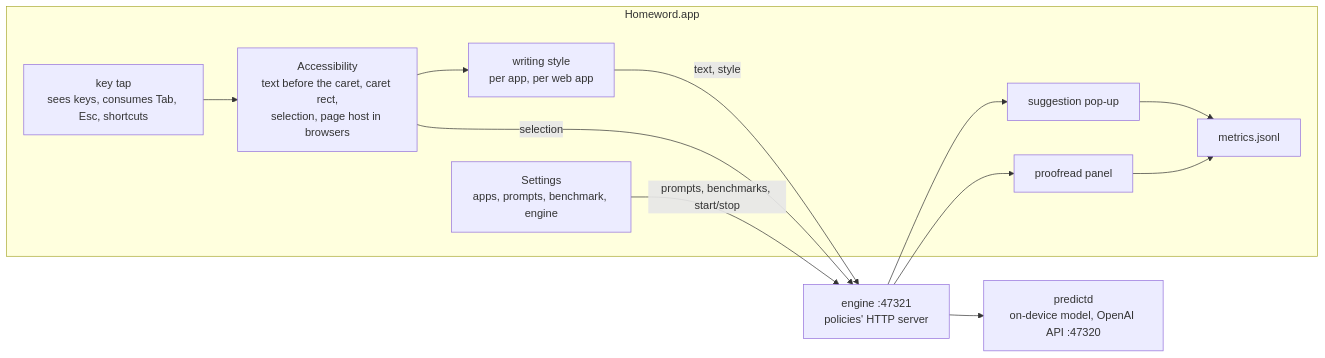
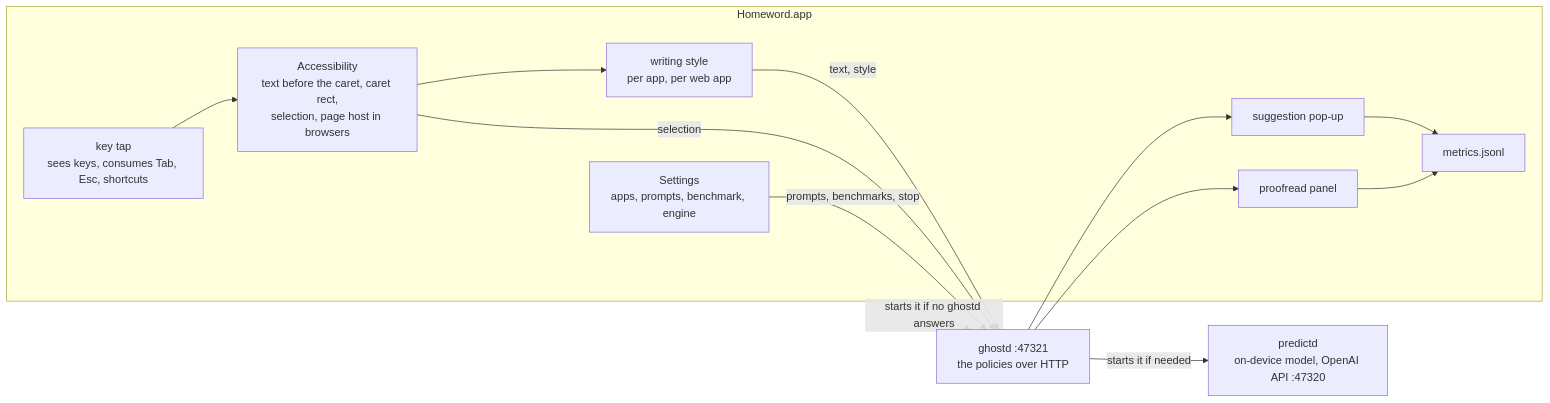
The diagram in app/README.md (FreemanX/Homeword), drawn with Mermaid before and after one commit. The commit also changed other lines of this file and 11 other files, not shown here.

First line of the commit message:
Docs: the engine as two Swift processes, who starts what, ghostd internals

````diff
--- a/app/README.md
+++ b/app/README.md
@@ -30,24 +30,25 @@
 ```mermaid
 flowchart LR
     subgraph app["Homeword.app"]
         tap["key tap<br/>sees keys, consumes Tab, Esc, shortcuts"]
         ax["Accessibility<br/>text before the caret, caret rect,<br/>selection, page host in browsers"]
         sty["writing style<br/>per app, per web app"]
         pop["suggestion pop-up"]
         proof["proofread panel"]
         set["Settings<br/>apps, prompts, benchmark, engine"]
         met["metrics.jsonl"]
     end
-    srv["engine :47321<br/>policies' HTTP server"]
+    srv["ghostd :47321<br/>the policies over HTTP"]
     d["predictd<br/>on-device model, OpenAI API :47320"]
     tap --> ax
     ax --> sty
     sty -->|"text, style"| srv
     srv --> pop
     ax -->|"selection"| srv
     srv --> proof
-    set -->|"prompts, benchmarks, start/stop"| srv
+    set -->|"prompts, benchmarks, stop"| srv
+    app -.->|"starts it if no ghostd answers"| srv
     pop --> met
     proof --> met
-    srv --> d
+    srv -->|"starts it if needed"| d
 ```
````
